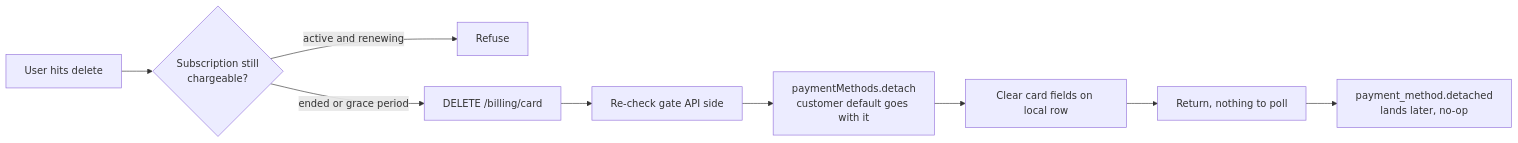
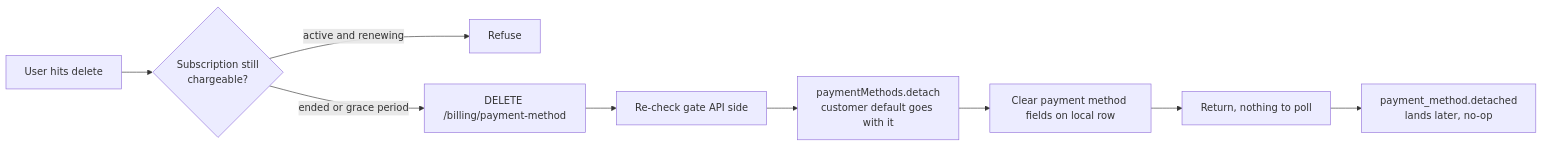
One commit to websanova/starter-flows changed the diagram in flows/billing/stripe/pm-delete.md. Above: the diagram before and after it, drawn with Mermaid. The commit also changed other lines of this file and 6 other files, not shown here.

Commit message:
Update flows to use "payment method" instead of "card".

````diff
--- a/flows/billing/stripe/pm-delete.md
+++ b/flows/billing/stripe/pm-delete.md
@@ -44,13 +44,13 @@
 ```mermaid
 flowchart LR
     A[User hits delete] --> B{Subscription still<br/>chargeable?}
 
     B -->|active and renewing| C[Refuse]
-    B -->|ended or grace period| D["DELETE /billing/card"]
+    B -->|ended or grace period| D["DELETE /billing/payment-method"]
 
     D --> E[Re-check gate API side]
     E --> F["paymentMethods.detach<br/>customer default goes with it"]
-    F --> G[Clear card fields on local row]
+    F --> G[Clear payment method fields on local row]
     G --> H[Return, nothing to poll]
     H --> I["payment_method.detached<br/>lands later, no-op"]
 ```
````
